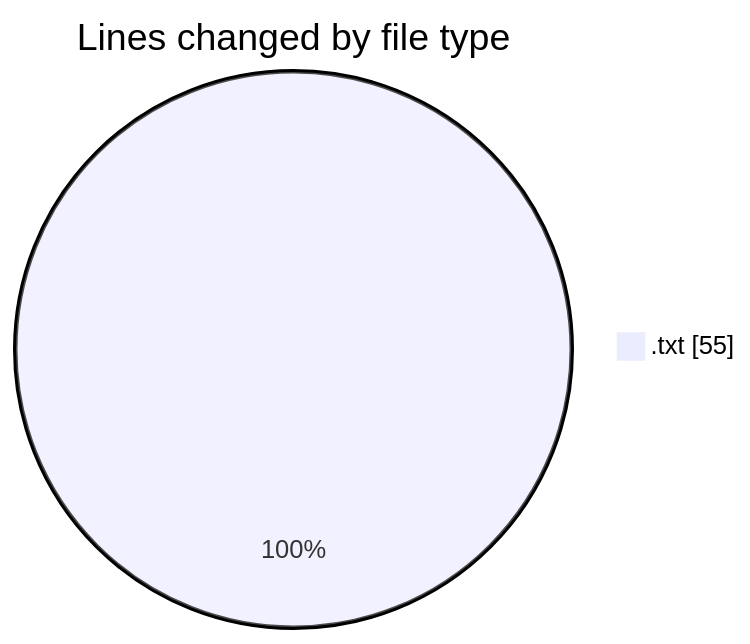
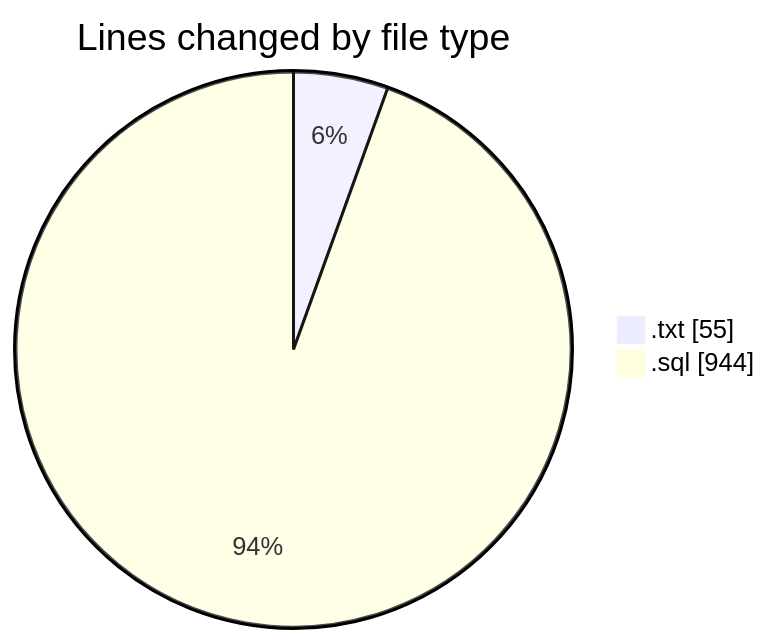
The first of 2 diagrams in 2025-09-16/hiai-phf/README.md (lephambinh05/code-tracking), drawn with Mermaid before and after one commit. The commit also changed other lines of this file and 1 other file, not shown here.

````diff
--- a/2025-09-16/hiai-phf/README.md
+++ b/2025-09-16/hiai-phf/README.md
@@ -20,5 +21,6 @@
 ```mermaid
 pie showData
 title Lines changed by file type
 ".txt" : 55
+".sql" : 944
 ```
````
